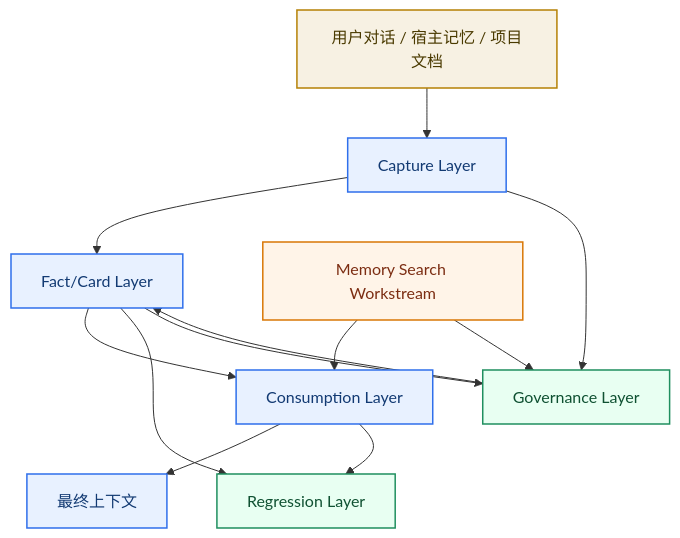
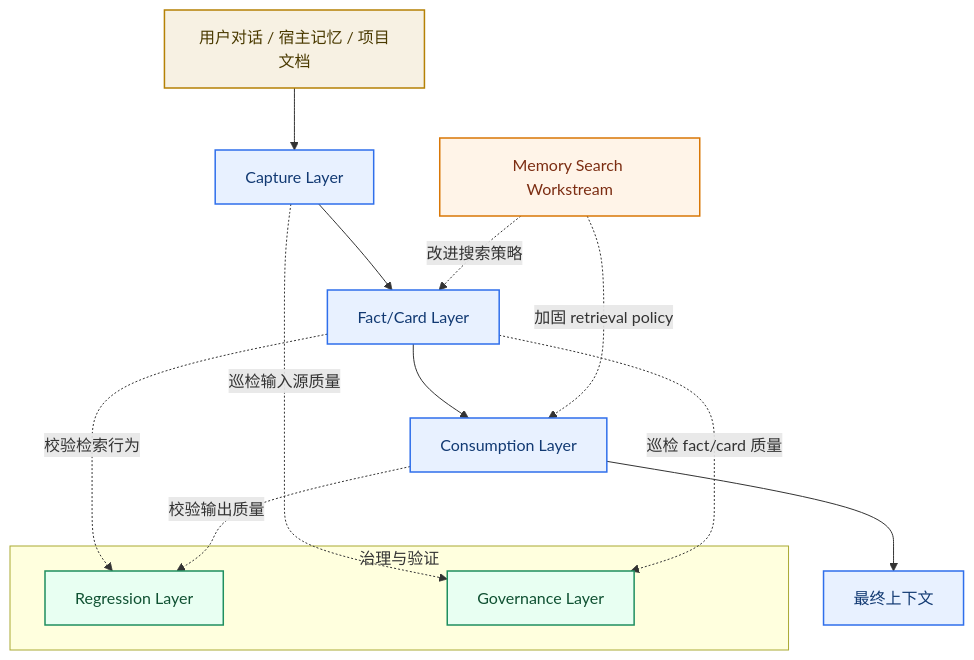
Before and after one commit to redcreen/memory-context-claw: the ninth of 16 diagrams in system-architecture.md, drawn with Mermaid. The commit also changed other lines of this file and 13 other files, not shown here.

````diff
--- a/system-architecture.md
+++ b/system-architecture.md
@@ -473,25 +478,30 @@
 ```mermaid
 flowchart TB
     A["用户对话 / 宿主记忆 / 项目文档"] --> B["Capture Layer"]
     B --> C["Fact/Card Layer"]
     C --> D["Consumption Layer"]
     D --> E["最终上下文"]
 
-    C --> F["Regression Layer"]
-    D --> F
-    C --> G["Governance Layer"]
-    B --> G
-    G --> C
+    subgraph OPS["治理与验证"]
+        F["Regression Layer"]
+        G["Governance Layer"]
+    end
 
-    H["Memory Search Workstream"] --> D
-    H --> G
+    H["Memory Search Workstream"]
+
+    C -. 校验检索行为 .-> F
+    D -. 校验输出质量 .-> F
+    B -. 巡检输入源质量 .-> G
+    C -. 巡检 fact/card 质量 .-> G
+    H -. 改进搜索策略 .-> C
+    H -. 加固 retrieval policy .-> D
 
     classDef input fill:#f7f1e3,stroke:#b58105,color:#4a3a00,stroke-width:1.5px;
     classDef plugin fill:#e8f1ff,stroke:#2f6feb,color:#123a73,stroke-width:1.5px;
     classDef ops fill:#e8fff2,stroke:#1f8f5f,color:#0f5132,stroke-width:1.5px;
     classDef workstream fill:#fff4e8,stroke:#d97706,color:#7c2d12,stroke-width:1.5px;
     class A input;
     class B,C,D,E plugin;
     class F,G ops;
     class H workstream;
 ```
````
